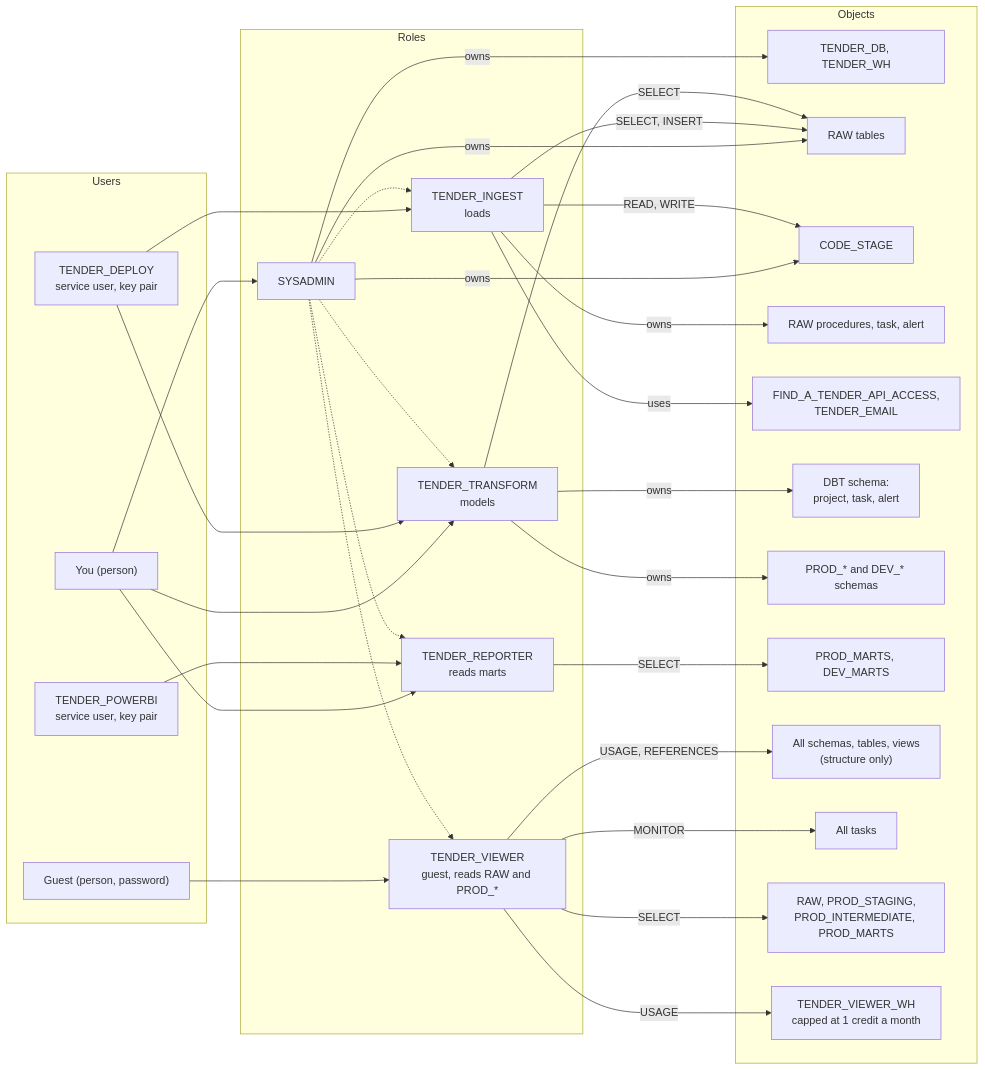
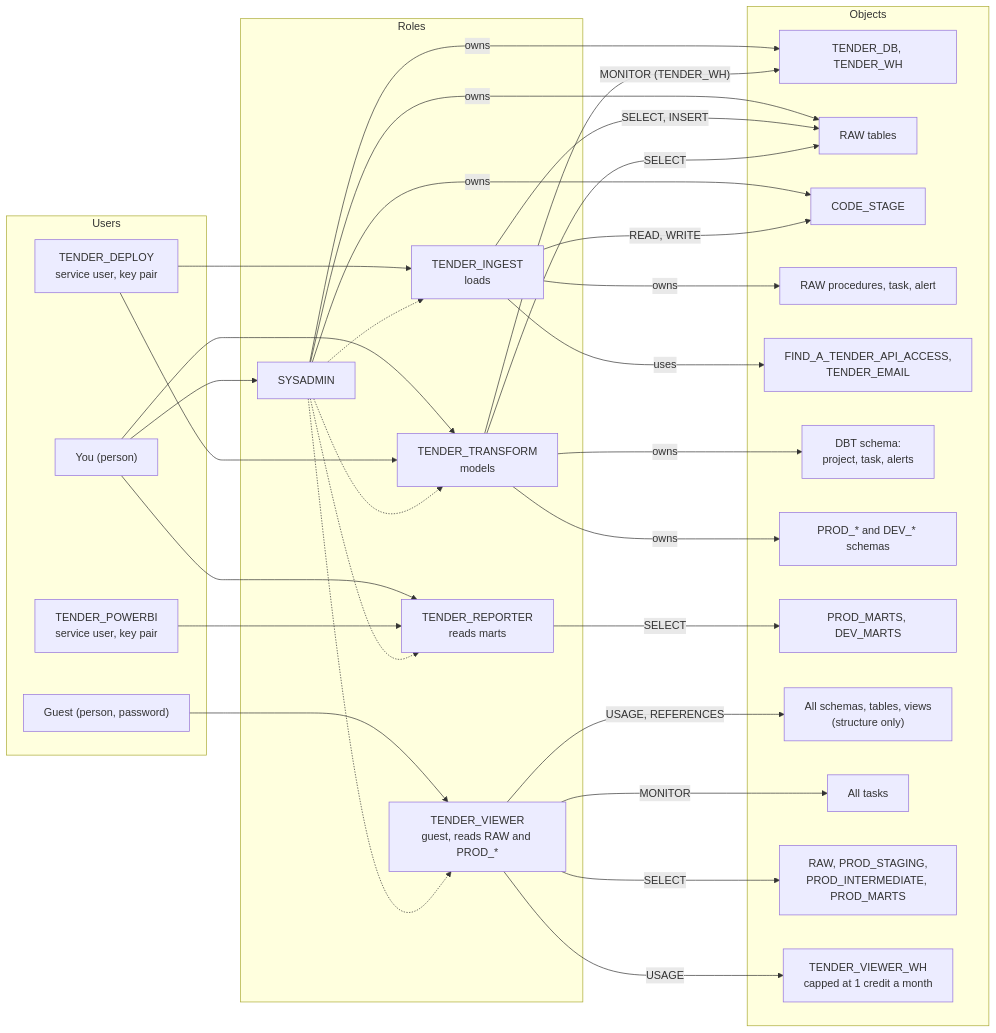
One commit to jacekjastrzebski/uk-tenders-dbt-snowflake changed the diagram in docs/diagrams/security.md. Above: the diagram before and after it, drawn with Mermaid. The commit also changed 7 other files, not shown here.

````diff
--- a/docs/diagrams/security.md
+++ b/docs/diagrams/security.md
@@ -9,49 +9,50 @@
 ```mermaid
 flowchart LR
     subgraph Users
         you["You (person)"]
         deploy["TENDER_DEPLOY<br/>service user, key pair"]
         powerbi["TENDER_POWERBI<br/>service user, key pair"]
         guest["Guest (person, password)"]
     end
     subgraph Roles
         sysadmin["SYSADMIN"]
         ingest["TENDER_INGEST<br/>loads"]
         transform["TENDER_TRANSFORM<br/>models"]
         reporter["TENDER_REPORTER<br/>reads marts"]
         viewer["TENDER_VIEWER<br/>guest, reads RAW and PROD_*"]
     end
     subgraph Objects["Objects"]
         base["TENDER_DB, TENDER_WH"]
         raw["RAW tables"]
         stage["CODE_STAGE"]
         rawobj["RAW procedures, task, alert"]
         integrations["FIND_A_TENDER_API_ACCESS,<br/>TENDER_EMAIL"]
-        dbtobj["DBT schema:<br/>project, task, alert"]
+        dbtobj["DBT schema:<br/>project, task, alerts"]
         built["PROD_* and DEV_* schemas"]
         marts["PROD_MARTS, DEV_MARTS"]
         structure["All schemas, tables, views<br/>(structure only)"]
         tasks["All tasks"]
         guestdata["RAW, PROD_STAGING,<br/>PROD_INTERMEDIATE, PROD_MARTS"]
         guestwh["TENDER_VIEWER_WH<br/>capped at 1 credit a month"]
     end
 
     you --> sysadmin & transform & reporter
     deploy --> ingest & transform
     powerbi --> reporter
     guest --> viewer
     sysadmin -.-> ingest & transform & reporter & viewer
 
     sysadmin -->|owns| base & raw & stage
     ingest -->|"SELECT, INSERT"| raw
     ingest -->|"READ, WRITE"| stage
     ingest -->|owns| rawobj
     ingest -->|uses| integrations
     transform -->|SELECT| raw
     transform -->|owns| dbtobj & built
+    transform -->|"MONITOR (TENDER_WH)"| base
     reporter -->|SELECT| marts
     viewer -->|"USAGE, REFERENCES"| structure
     viewer -->|MONITOR| tasks
     viewer -->|SELECT| guestdata
     viewer -->|USAGE| guestwh
 ```
````
